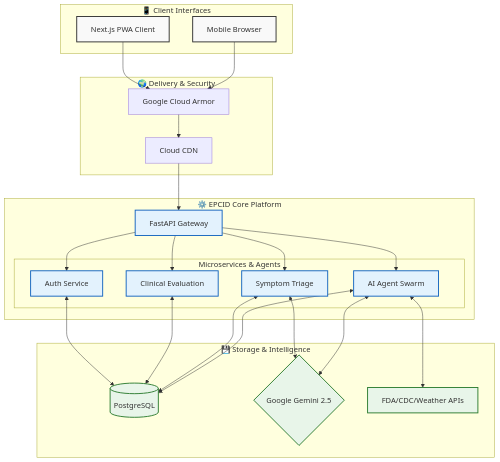
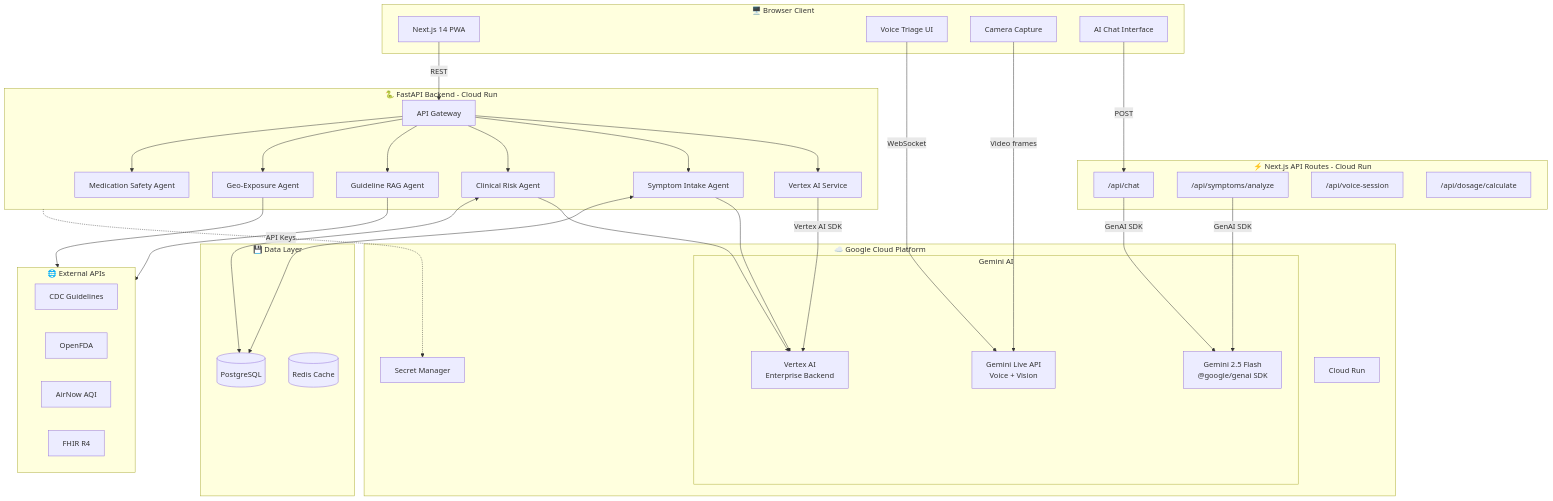
Before and after one commit to samalpartha/EPCID: the first of 2 diagrams in README.md, drawn with Mermaid. The commit also changed other lines of this file and 40 other files, not shown here.

````diff
--- a/README.md
+++ b/README.md
@@ -33,49 +218,63 @@
 ```mermaid
-graph TD
-    %% User Interfaces
-    subgraph Clients["📱 Client Interfaces"]
-        Web[Next.js PWA Client]
-        Mobile[Mobile Browser]
+graph TB
+    subgraph Client["🖥️ Browser Client"]
+        PWA[Next.js 14 PWA]
+        VoiceUI[Voice Triage UI]
+        Camera[Camera Capture]
+        ChatUI[AI Chat Interface]
     end
 
-    %% Edge
-    subgraph Edge["🌍 Delivery & Security"]
-        CDN[Cloud CDN]
-        WAF[Google Cloud Armor]
+    subgraph NextAPI["⚡ Next.js API Routes - Cloud Run"]
+        ChatRoute["/api/chat"]
+        SymptomRoute["/api/symptoms/analyze"]
+        VoiceRoute["/api/voice-session"]
+        DosageRoute["/api/dosage/calculate"]
     end
 
-    %% Core Platform
-    subgraph Core["⚙️ EPCID Core Platform"]
-        Gateway[FastAPI Gateway]
-        
-        subgraph Services["Microservices & Agents"]
-            Auth[Auth Service]
-            Clinical[Clinical Evaluation]
-            Agents[AI Agent Swarm]
-            Symptom[Symptom Triage]
+    subgraph GCP["☁️ Google Cloud Platform"]
+        subgraph GeminiServices["Gemini AI"]
+            GenAI["Gemini 2.5 Flash<br/>@google/genai SDK"]
+            LiveAPI["Gemini Live API<br/>Voice + Vision"]
+            VertexAI["Vertex AI<br/>Enterprise Backend"]
         end
+        SecretMgr[Secret Manager]
+        CloudRun[Cloud Run]
     end
 
-    %% Data & External
-    subgraph Data["💾 Storage & Intelligence"]
-        DB[(PostgreSQL)]
-        LLM{Google Gemini 2.5}
-        Ext[FDA/CDC/Weather APIs]
+    subgraph Backend["🐍 FastAPI Backend - Cloud Run"]
+        Gateway[API Gateway]
+        VertexService[Vertex AI Service]
+        SymptomAgent[Symptom Intake Agent]
+        RiskAgent[Clinical Risk Agent]
+        RAGAgent[Guideline RAG Agent]
+        GeoAgent[Geo-Exposure Agent]
+        MedAgent[Medication Safety Agent]
     end
 
-    %% Flows
-    Web & Mobile --> WAF --> CDN --> Gateway
-    Gateway --> Auth & Clinical & Symptom & Agents
-    Auth & Clinical & Symptom & Agents <--> DB
-    Symptom & Agents <--> LLM
-    Agents <--> Ext
+    subgraph DataLayer["💾 Data Layer"]
+        DB[(PostgreSQL)]
+        Cache[(Redis Cache)]
+    end
 
-    %% Styling
-    classDef client fill:#f9f9f9,stroke:#333,stroke-width:2px
-    classDef core fill:#e3f2fd,stroke:#1565c0,stroke-width:2px
-    classDef data fill:#e8f5e9,stroke:#2e7d32,stroke-width:2px
+    subgraph External["🌐 External APIs"]
+        CDC[CDC Guidelines]
+        FDA[OpenFDA]
+        AirNow[AirNow AQI]
+        FHIR[FHIR R4]
+    end
+
+    ChatUI -->|POST| ChatRoute
+    VoiceUI -->|WebSocket| LiveAPI
+    Camera -->|Video frames| LiveAPI
+    ChatRoute -->|GenAI SDK| GenAI
+    SymptomRoute -->|GenAI SDK| GenAI
     
-    class Web,Mobile client
-    class Gateway,Auth,Clinical,Agents,Symptom core
-    class DB,LLM,Ext data
+    PWA -->|REST| Gateway
+    Gateway --> VertexService
+    VertexService -->|Vertex AI SDK| VertexAI
+    Gateway --> SymptomAgent & RiskAgent & RAGAgent & GeoAgent & MedAgent
+    SymptomAgent & RiskAgent --> VertexAI
+    RAGAgent & GeoAgent --> External
+    SymptomAgent & RiskAgent <--> DB
+    Backend -.->|API Keys| SecretMgr
 ```
````
